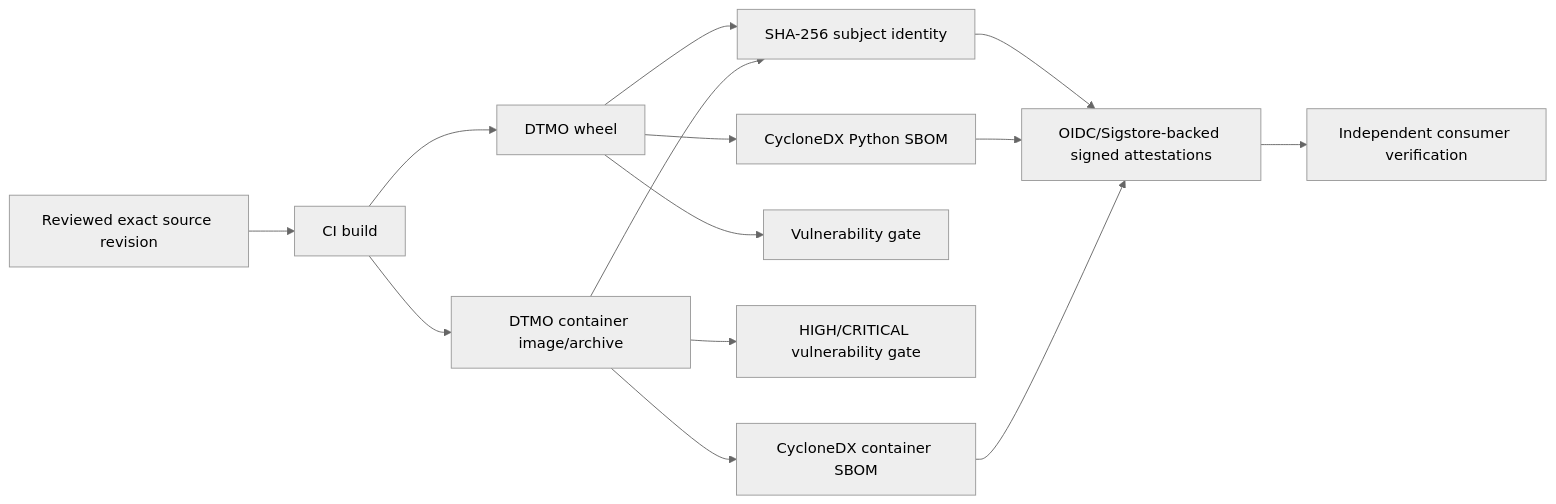
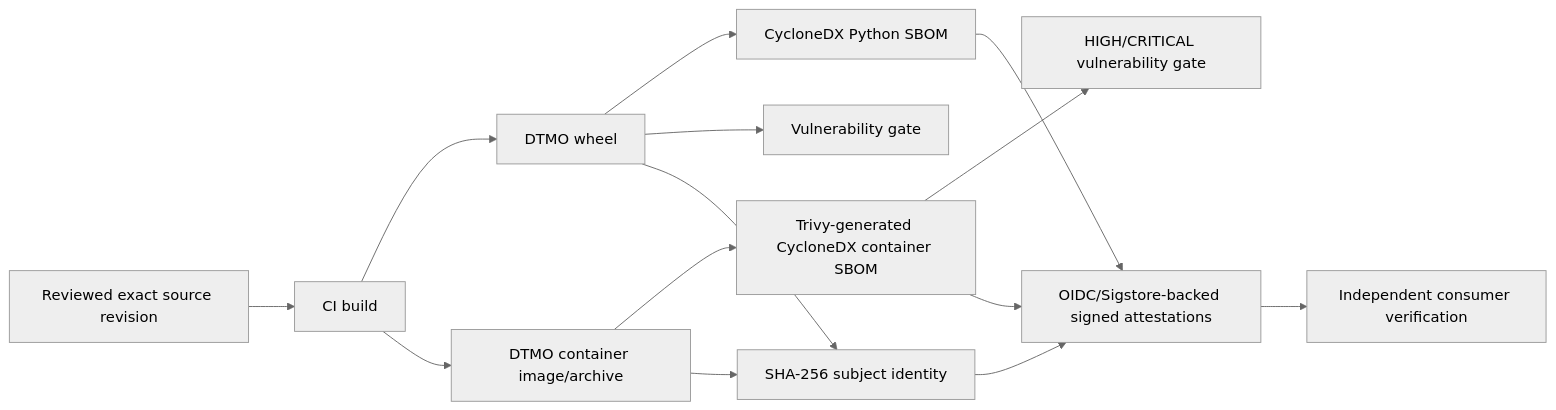
Before and after one commit to GJvManen/dtmo: the diagram in docs/security/PHASE11_8G_SUPPLY_CHAIN_HARDENING.md, drawn with Mermaid (neutral theme). The commit also changed other lines of this file, not shown here.

Commit message:
Document Trivy-owned SBOM scan provenance

````diff
--- a/docs/security/PHASE11_8G_SUPPLY_CHAIN_HARDENING.md
+++ b/docs/security/PHASE11_8G_SUPPLY_CHAIN_HARDENING.md
@@ -9,16 +9,16 @@
 ```mermaid
 flowchart LR
     SRC[Reviewed exact source revision] --> BUILD[CI build]
     BUILD --> WHEEL[DTMO wheel]
     BUILD --> IMAGE[DTMO container image/archive]
     WHEEL --> PSBOM[CycloneDX Python SBOM]
-    IMAGE --> ISBOM[CycloneDX container SBOM]
+    IMAGE --> ISBOM[Trivy-generated CycloneDX container SBOM]
     WHEEL --> V1[Vulnerability gate]
-    IMAGE --> V2[HIGH/CRITICAL vulnerability gate]
+    ISBOM --> V2[HIGH/CRITICAL vulnerability gate]
     WHEEL --> HASH[SHA-256 subject identity]
     IMAGE --> HASH
     HASH --> ATTEST[OIDC/Sigstore-backed signed attestations]
     PSBOM --> ATTEST
     ISBOM --> ATTEST
     ATTEST --> VERIFY[Independent consumer verification]
 ```
````
